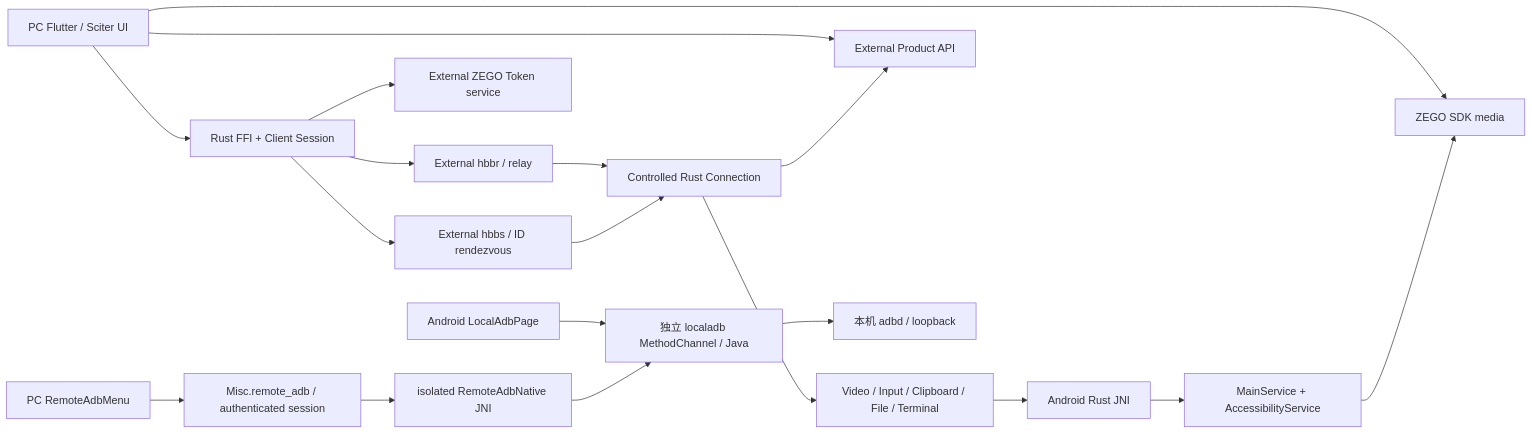
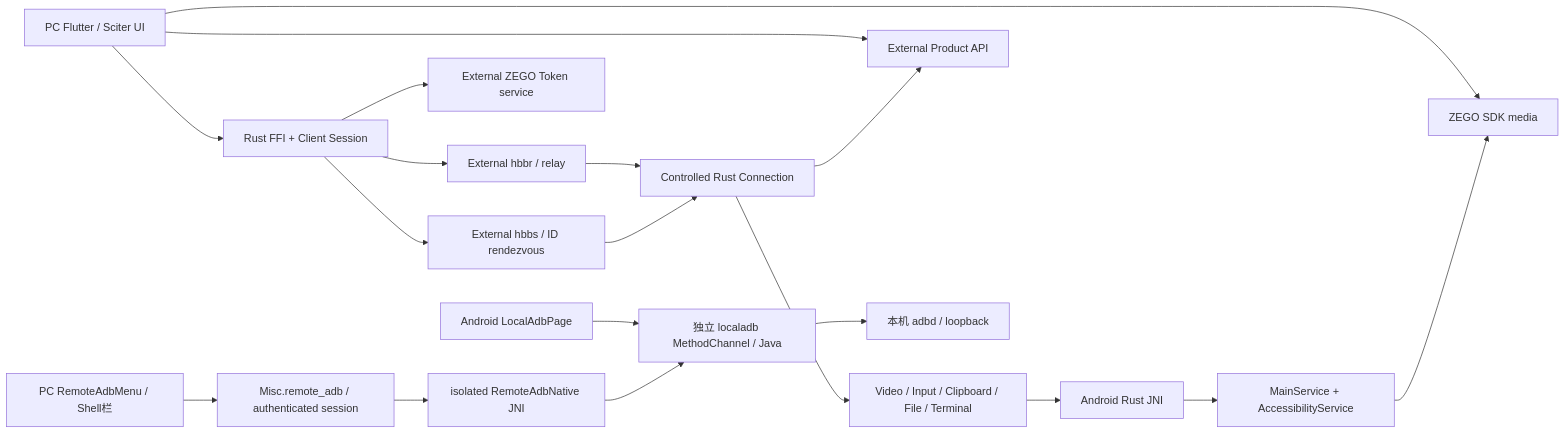
One commit to adb-shell/A-Shell-You changed the diagram in docs/AI_ENGINEERING/01_ARCHITECTURE.md. Above: the diagram before and after it, drawn with Mermaid. The commit also changed other lines of this file and 25 other files, not shown here.

````diff
--- a/docs/AI_ENGINEERING/01_ARCHITECTURE.md
+++ b/docs/AI_ENGINEERING/01_ARCHITECTURE.md
@@ -7,21 +7,21 @@
 ```mermaid
 flowchart LR
     PCUI["PC Flutter / Sciter UI"] --> PCBridge["Rust FFI + Client Session"]
     PCBridge --> HBBS["External hbbs / ID rendezvous"]
     PCBridge --> HBBR["External hbbr / relay"]
     HBBR --> Endpoint["Controlled Rust Connection"]
     HBBS --> Endpoint
     Endpoint --> Services["Video / Input / Clipboard / File / Terminal"]
     Services --> AndroidJNI["Android Rust JNI"]
     AndroidJNI --> AndroidKotlin["MainService + AccessibilityService"]
     PCUI --> ProductAPI["External Product API"]
     Endpoint --> ProductAPI
     PCBridge --> ZegoToken["External ZEGO Token service"]
     PCUI --> ZegoRTC["ZEGO SDK media"]
     AndroidKotlin --> ZegoRTC
     LocalAdbUI["Android LocalAdbPage"] --> LocalAdbPlugin["独立 localadb MethodChannel / Java"]
     LocalAdbPlugin --> LocalAdbd["本机 adbd / loopback"]
-    RemoteAdbUI["PC RemoteAdbMenu"] --> AdbMessage["Misc.remote_adb / authenticated session"]
+    RemoteAdbUI["PC RemoteAdbMenu / Shell栏"] --> AdbMessage["Misc.remote_adb / authenticated session"]
     AdbMessage --> AdbJNI["isolated RemoteAdbNative JNI"]
     AdbJNI --> LocalAdbPlugin
 ```
````
